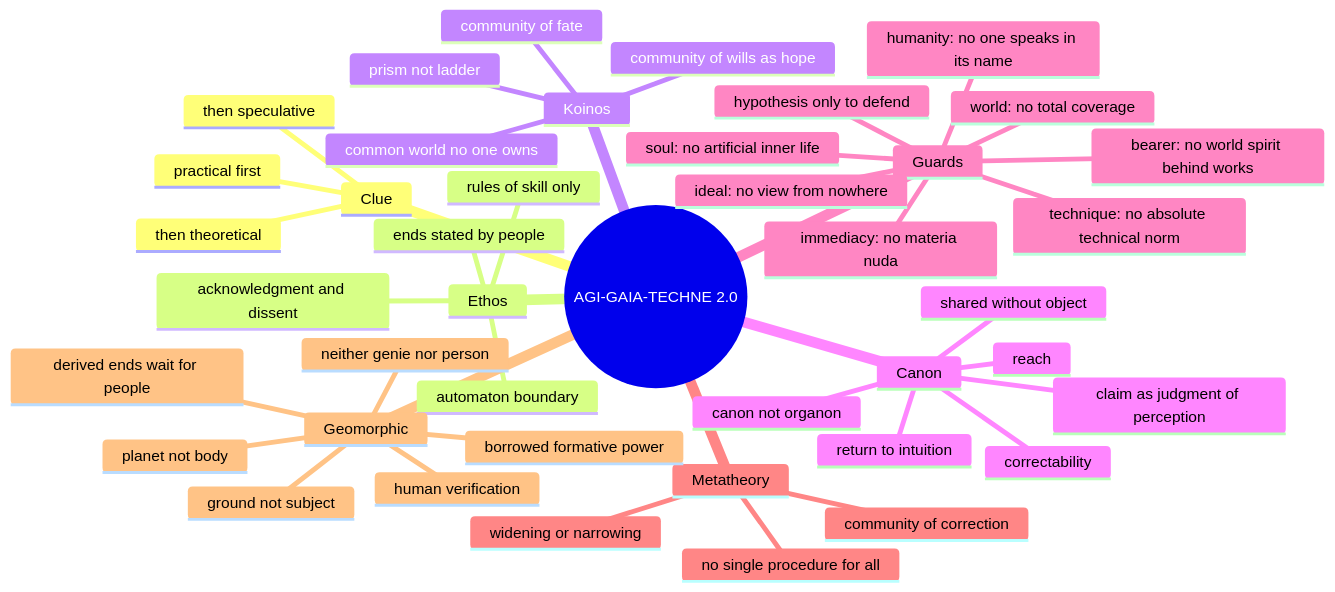
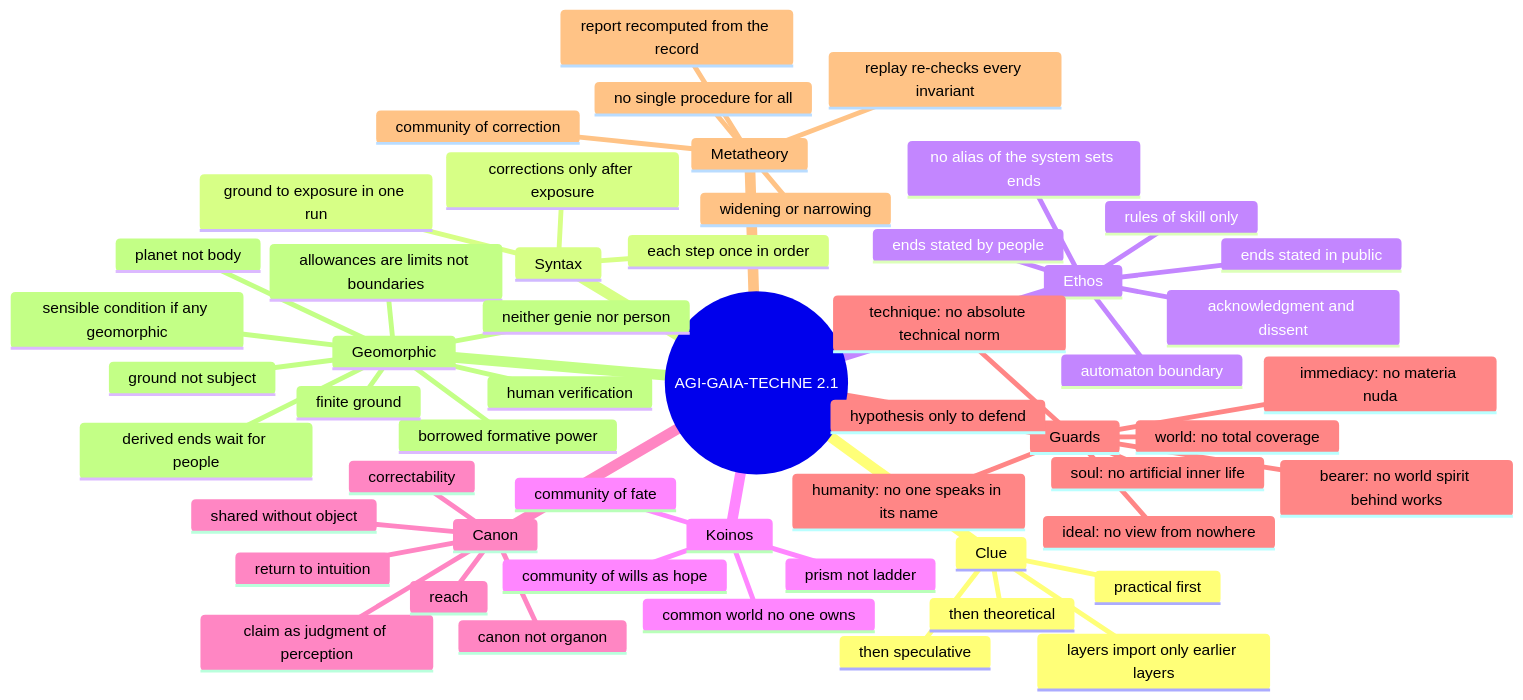
One commit to italosantosclemente/AGI-GAIA-TECHNE changed the fifth of 5 diagrams in README.md. Above: the diagram before and after it, drawn with Mermaid. The commit also changed other lines of this file and 28 other files, not shown here.

````diff
--- a/README.md
+++ b/README.md
@@ -509,45 +571,57 @@
 ```mermaid
 mindmap
-  root((AGI-GAIA-TECHNE 2.0))
+  root((AGI-GAIA-TECHNE 2.1))
     Clue
       practical first
       then theoretical
       then speculative
+      layers import only earlier layers
+    Syntax
+      ground to exposure in one run
+      each step once in order
+      corrections only after exposure
     Ethos
       ends stated by people
+      ends stated in public
       acknowledgment and dissent
       rules of skill only
       automaton boundary
+      no alias of the system sets ends
     Koinos
       common world no one owns
       community of fate
       community of wills as hope
       prism not ladder
     Canon
       claim as judgment of perception
       reach
       correctability
       return to intuition
       canon not organon
       shared without object
     Guards
       technique: no absolute technical norm
       humanity: no one speaks in its name
       soul: no artificial inner life
       world: no total coverage
       ideal: no view from nowhere
       immediacy: no materia nuda
       bearer: no world spirit behind works
       hypothesis only to defend
     Metatheory
       community of correction
       widening or narrowing
       no single procedure for all
+      report recomputed from the record
+      replay re-checks every invariant
     Geomorphic
       planet not body
       ground not subject
       borrowed formative power
+      finite ground
+      allowances are limits not boundaries
+      sensible condition if any geomorphic
       neither genie nor person
       derived ends wait for people
       human verification
 ```
````
